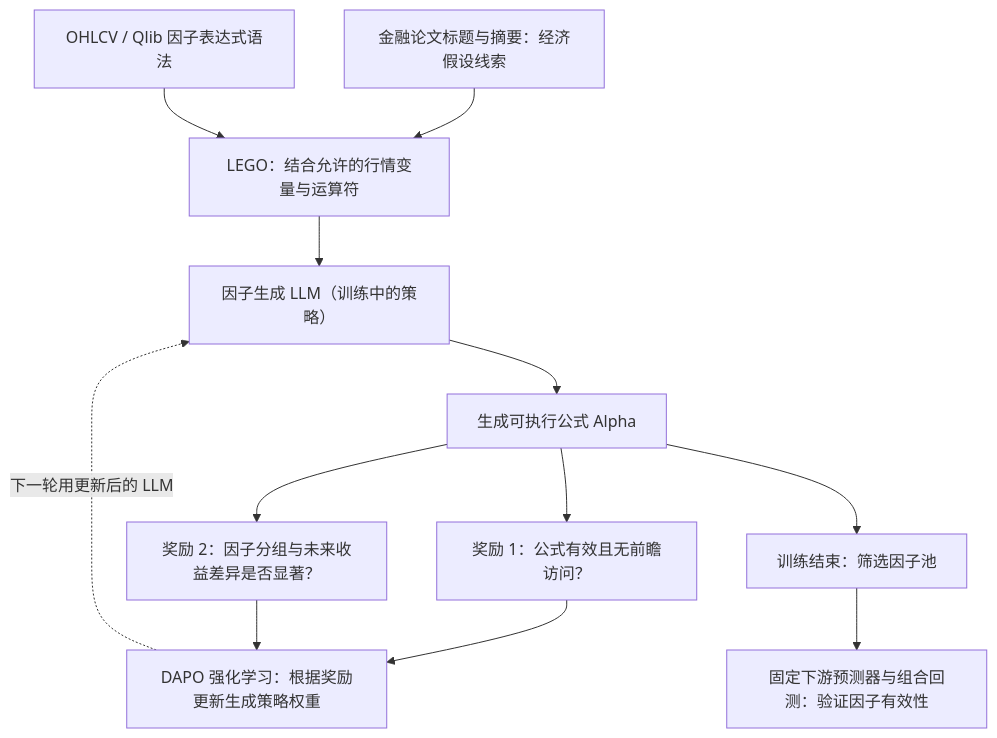
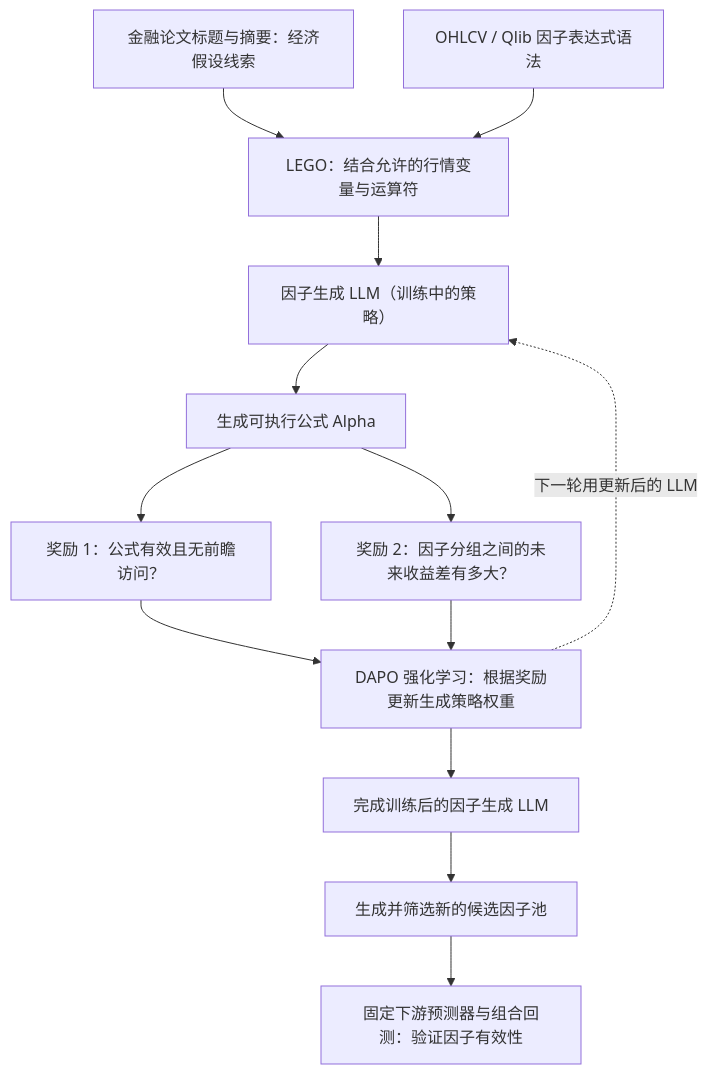
One commit to epshoron/JXwork changed the diagram in papers/P007/README.md. Above: the diagram before and after it, drawn with Mermaid.

Commit message:
docs(P007): clarify factor reward and post-training generation in architecture

````diff
--- a/papers/P007/README.md
+++ b/papers/P007/README.md
@@ -11,14 +11,15 @@
 ```mermaid
 flowchart TD
     L["金融论文标题与摘要：经济假设线索"] --> G["LEGO：结合允许的行情变量与运算符"]
     O["OHLCV / Qlib 因子表达式语法"] --> G
     G --> P["因子生成 LLM（训练中的策略）"]
     P --> F["生成可执行公式 Alpha"]
     F --> V["奖励 1：公式有效且无前瞻访问？"]
-    F --> R["奖励 2：因子分组与未来收益差异是否显著？"]
+    F --> R["奖励 2：因子分组之间的未来收益差有多大？"]
     V --> U["DAPO 强化学习：根据奖励更新生成策略权重"]
     R --> U
     U -. "下一轮用更新后的 LLM" .-> P
-    F --> S["训练结束：筛选因子池"]
+    U --> T["完成训练后的因子生成 LLM"]
+    T --> S["生成并筛选新的候选因子池"]
     S --> E["固定下游预测器与组合回测：验证因子有效性"]
 ```
````
